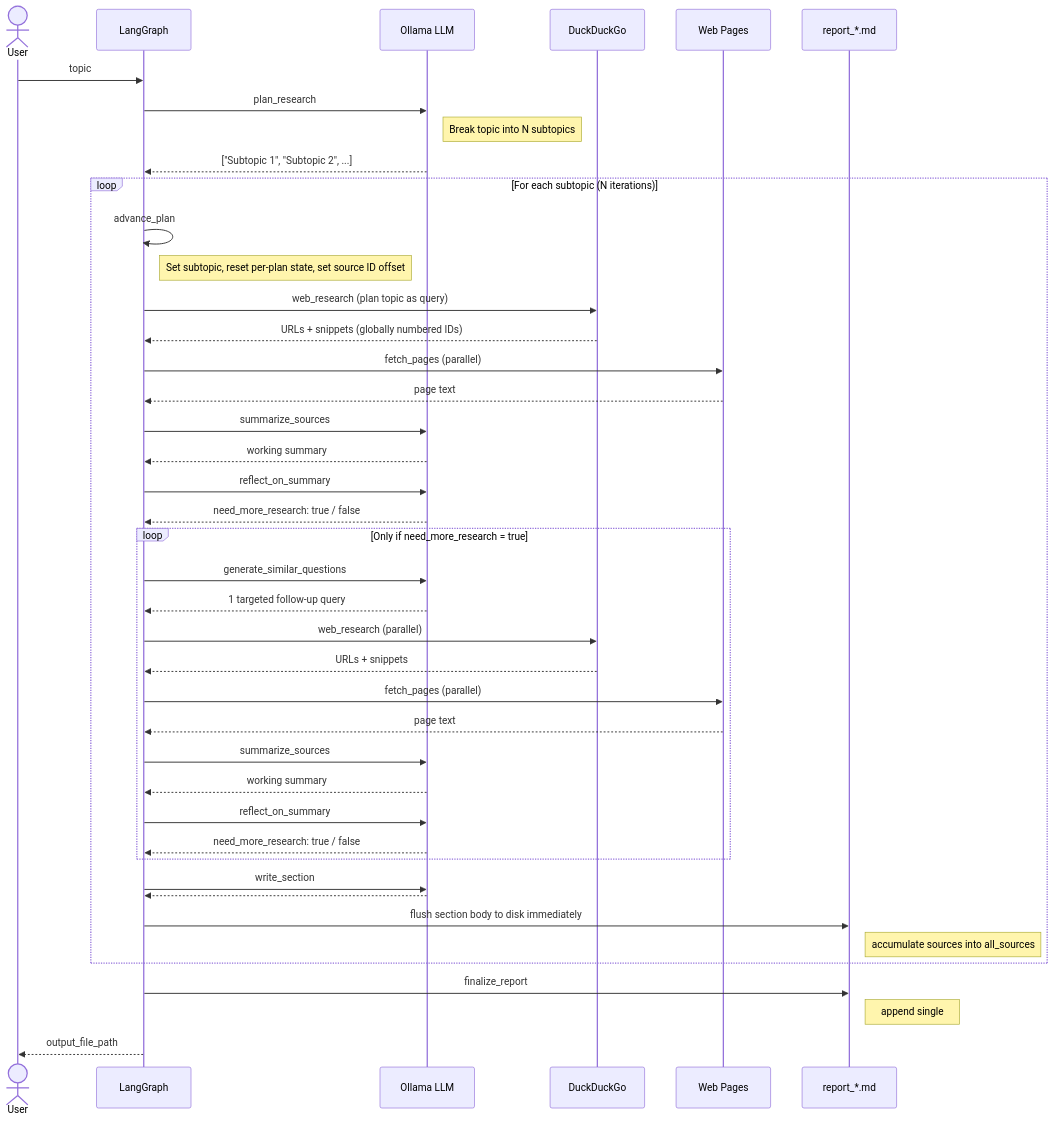
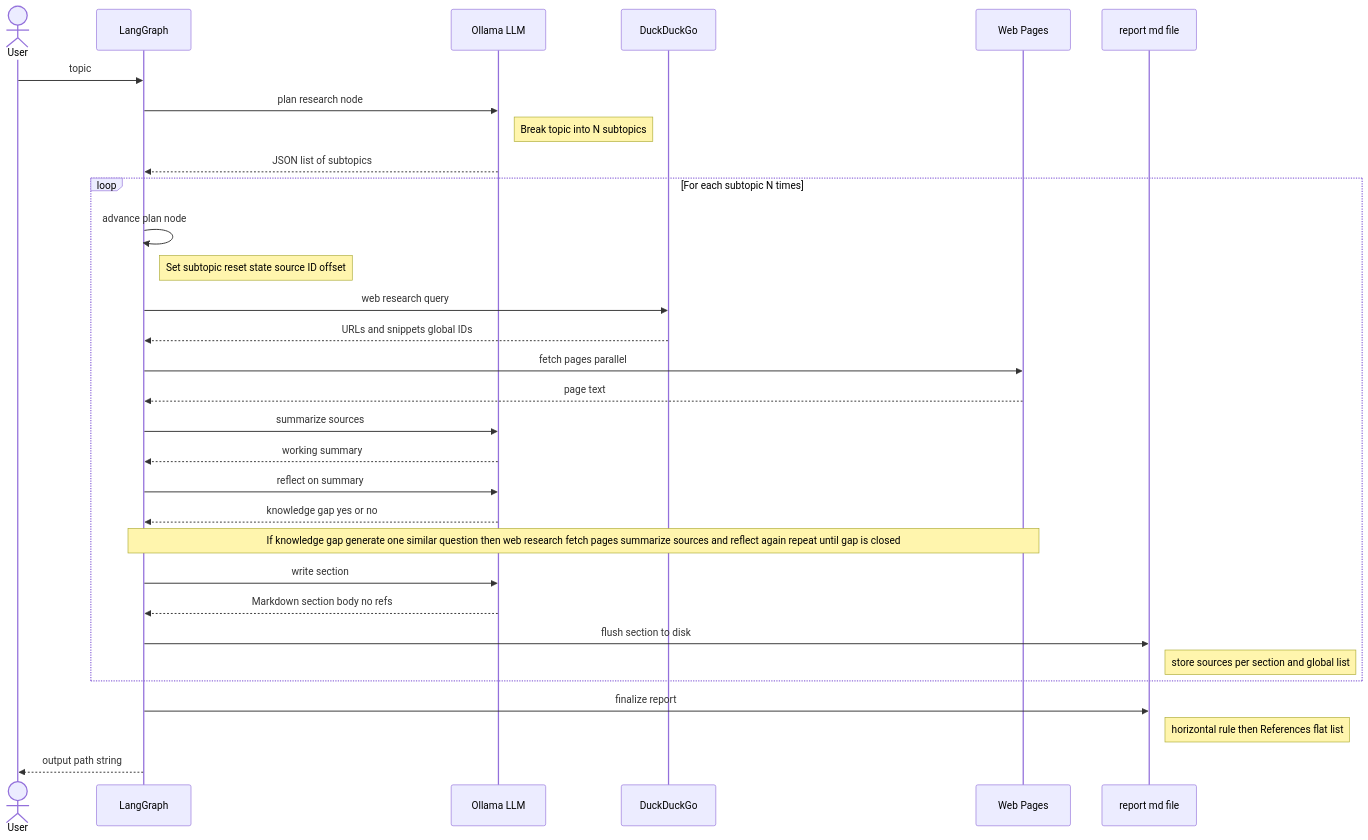
The diagram in README_EN.md (jdd-jaba/deep_research), drawn with Mermaid before and after one commit. The commit also changed other lines of this file and 18 other files, not shown here.

````diff
--- a/README_EN.md
+++ b/README_EN.md
@@ -13,60 +11,45 @@
 ```mermaid
 sequenceDiagram
     actor User
     participant Graph as LangGraph
     participant LLM as Ollama LLM
     participant DDG as DuckDuckGo
     participant Web as Web Pages
-    participant File as report_*.md
+    participant File as report md file
 
     User->>Graph: topic
 
-    Graph->>LLM: plan_research
+    Graph->>LLM: plan research node
     Note right of LLM: Break topic into N subtopics
-    LLM-->>Graph: ["Subtopic 1", "Subtopic 2", ...]
+    LLM-->>Graph: JSON list of subtopics
 
-    loop For each subtopic (N iterations)
-        Graph->>Graph: advance_plan
-        Note right of Graph: Set subtopic, reset per-plan state, set source ID offset
+    loop For each subtopic N times
+        Graph->>Graph: advance plan node
+        Note right of Graph: Set subtopic reset state source ID offset
 
-        Graph->>DDG: web_research (plan topic as query)
-        DDG-->>Graph: URLs + snippets (globally numbered IDs)
+        Graph->>DDG: web research query
+        DDG-->>Graph: URLs and snippets global IDs
 
-        Graph->>Web: fetch_pages (parallel)
+        Graph->>Web: fetch pages parallel
         Web-->>Graph: page text
 
-        Graph->>LLM: summarize_sources
+        Graph->>LLM: summarize sources
         LLM-->>Graph: working summary
 
-        Graph->>LLM: reflect_on_summary
-        LLM-->>Graph: need_more_research: true / false
+        Graph->>LLM: reflect on summary
+        LLM-->>Graph: knowledge gap yes or no
 
-        loop Only if need_more_research = true
-            Graph->>LLM: generate_similar_questions
-            LLM-->>Graph: 1 targeted follow-up query
+        Note over Graph,Web: If knowledge gap generate one similar question then web research fetch pages summarize sources and reflect again repeat until gap is closed
 
-            Graph->>DDG: web_research (parallel)
-            DDG-->>Graph: URLs + snippets
+        Graph->>LLM: write section
+        LLM-->>Graph: Markdown section body no refs
 
-            Graph->>Web: fetch_pages (parallel)
-            Web-->>Graph: page text
-
-            Graph->>LLM: summarize_sources
-            LLM-->>Graph: working summary
-
-            Graph->>LLM: reflect_on_summary
-            LLM-->>Graph: need_more_research: true / false
-        end
-
-        Graph->>LLM: write_section
-        LLM-->>Graph: ## Subtopic body (no references)
-
-        Graph->>File: flush section body to disk immediately
-        Note right of File: accumulate sources into all_sources
+        Graph->>File: flush section to disk
+        Note right of File: store sources per section and global list
     end
 
-    Graph->>File: finalize_report
-    Note right of File: append single ## References block at the end
+    Graph->>File: finalize report
+    Note right of File: horizontal rule then References flat list
 
-    Graph-->>User: output_file_path
+    Graph-->>User: output path string
 ```
````
